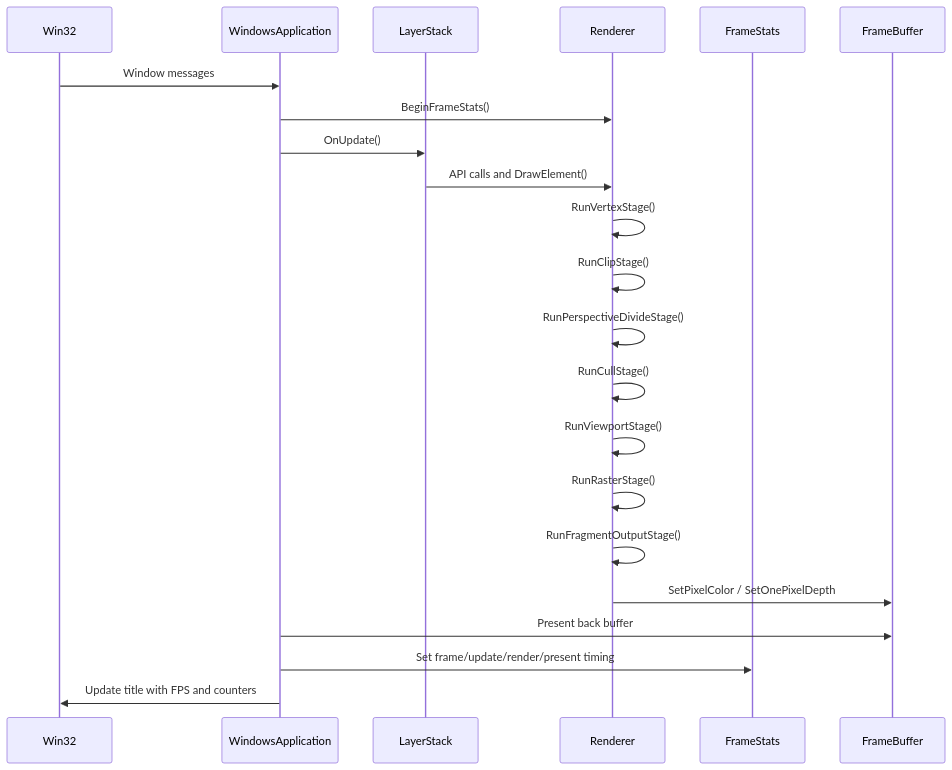
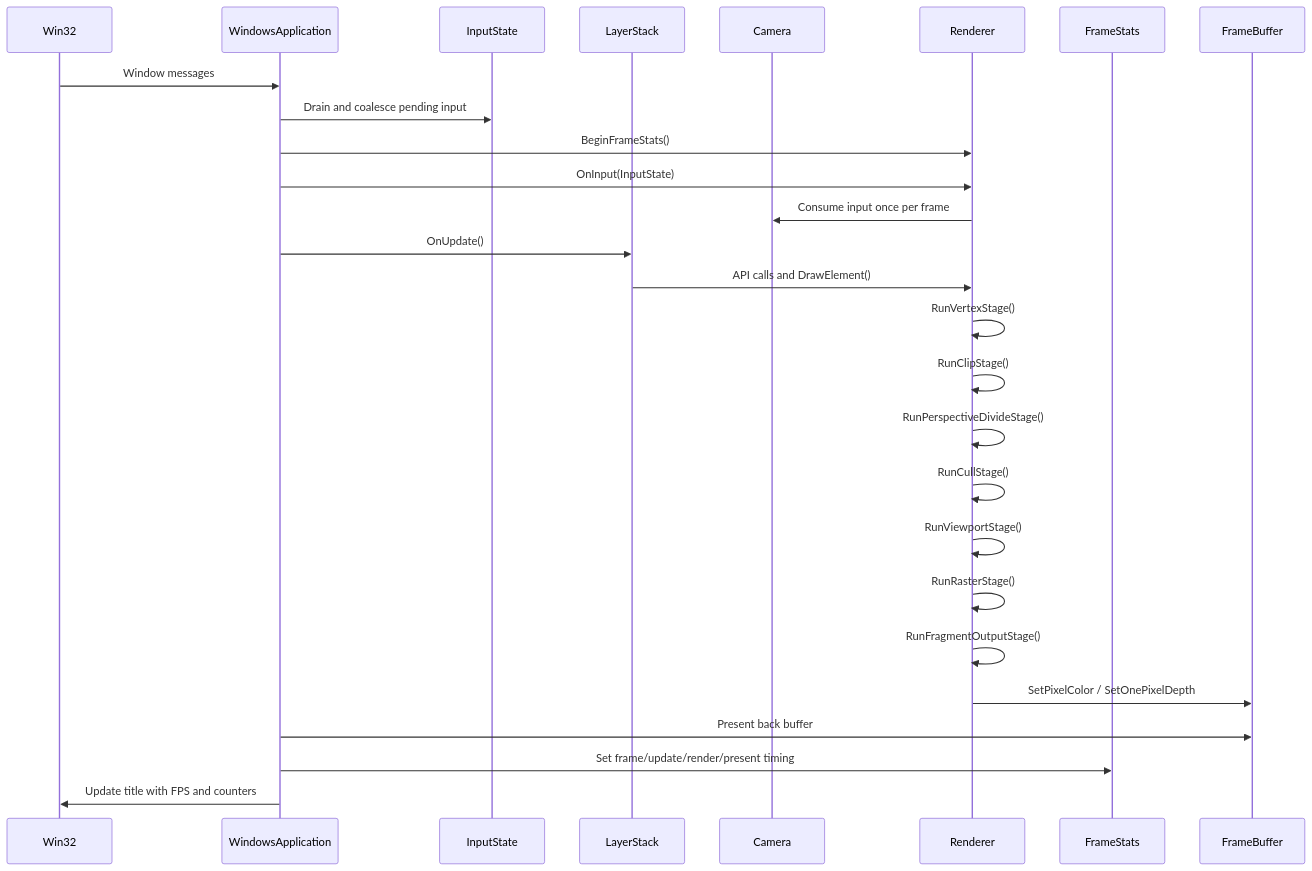
Before and after one commit to hangge1/DragonRenderer: the second of 6 diagrams in docs/ARCHITECTURE.md, drawn with Mermaid. The commit also changed other lines of this file and 13 other files, not shown here.

Commit message:
refactor: coalesce input before render update

````diff
--- a/docs/ARCHITECTURE.md
+++ b/docs/ARCHITECTURE.md
@@ -127,25 +132,30 @@
 ```mermaid
 sequenceDiagram
     participant OS as Win32
     participant App as WindowsApplication
+    participant Input as InputState
     participant Layer as LayerStack
+    participant Camera as Camera
     participant Renderer as Renderer
     participant Stats as FrameStats
     participant FB as FrameBuffer
 
     OS->>App: Window messages
+    App->>Input: Drain and coalesce pending input
     App->>Renderer: BeginFrameStats()
+    App->>Renderer: OnInput(InputState)
+    Renderer->>Camera: Consume input once per frame
     App->>Layer: OnUpdate()
     Layer->>Renderer: API calls and DrawElement()
     Renderer->>Renderer: RunVertexStage()
     Renderer->>Renderer: RunClipStage()
     Renderer->>Renderer: RunPerspectiveDivideStage()
     Renderer->>Renderer: RunCullStage()
     Renderer->>Renderer: RunViewportStage()
     Renderer->>Renderer: RunRasterStage()
     Renderer->>Renderer: RunFragmentOutputStage()
     Renderer->>FB: SetPixelColor / SetOnePixelDepth
     App->>FB: Present back buffer
     App->>Stats: Set frame/update/render/present timing
     App->>OS: Update title with FPS and counters
 ```
````
